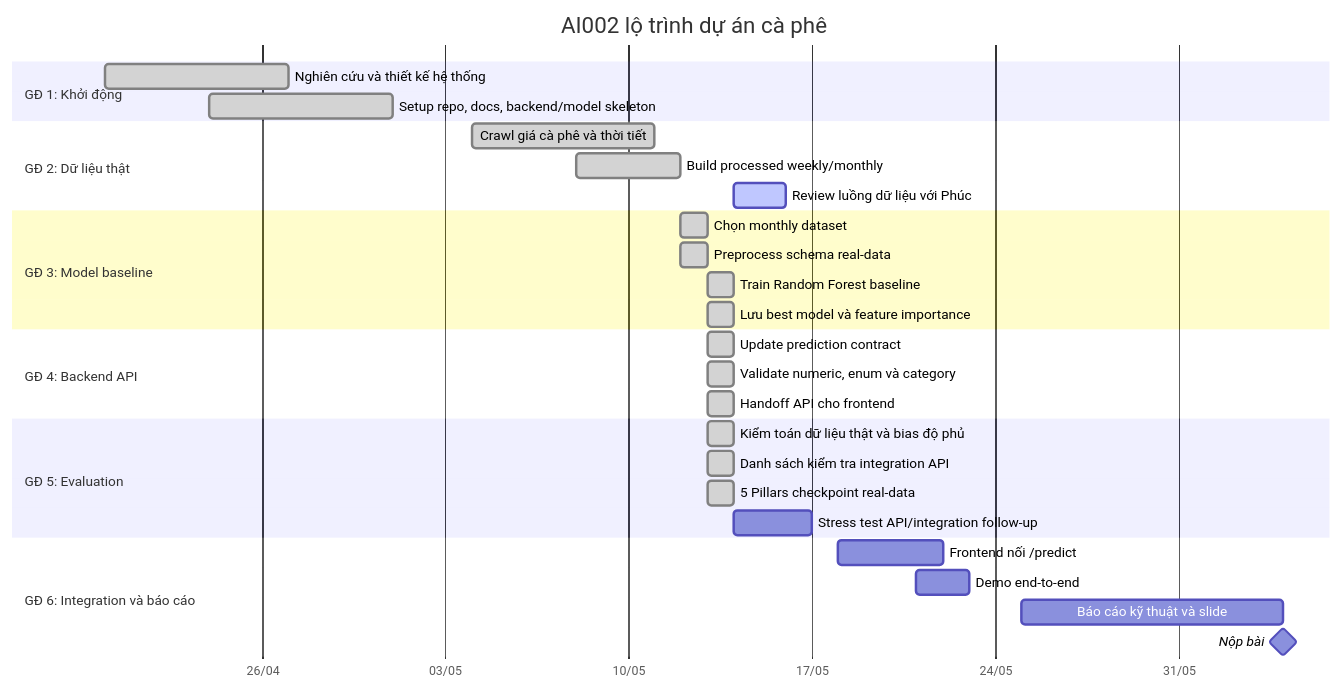
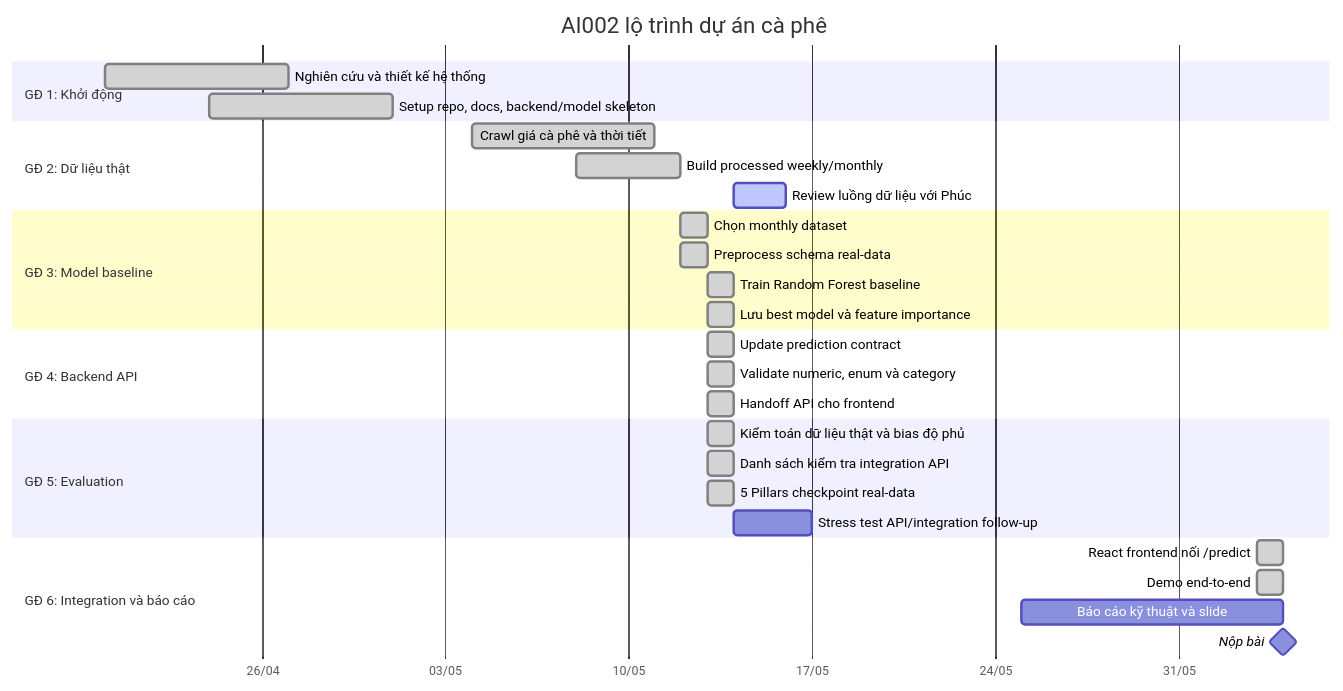
The third of 8 diagrams in docs/project-roadmap.md (uit-25730067-chithanh/AI002-Team22-DT10), drawn with Mermaid before and after one commit. The commit also changed other lines of this file and 5 other files, not shown here.

First line of the commit message:
docs(project): update codebase docs, roadmap, and presentation slides

````diff
--- a/docs/project-roadmap.md
+++ b/docs/project-roadmap.md
@@ -60,39 +60,39 @@
 ```mermaid
 gantt
     title AI002 lộ trình dự án cà phê
     dateFormat  YYYY-MM-DD
     tickInterval 1w
     axisFormat  %d/%m
 
     section GĐ 1: Khởi động
     Nghiên cứu và thiết kế hệ thống          :done, a1, 2026-04-20, 7d
     Setup repo, docs, backend/model skeleton :done, a2, 2026-04-24, 7d
 
     section GĐ 2: Dữ liệu thật
     Crawl giá cà phê và thời tiết            :done, b1, 2026-05-04, 7d
     Build processed weekly/monthly           :done, b2, 2026-05-08, 4d
     Review luồng dữ liệu với Phúc            :active, b3, 2026-05-14, 2d
 
     section GĐ 3: Model baseline
     Chọn monthly dataset                     :done, c1, 2026-05-12, 1d
     Preprocess schema real-data              :done, c2, 2026-05-12, 1d
     Train Random Forest baseline             :done, c3, 2026-05-13, 1d
     Lưu best model và feature importance     :done, c4, 2026-05-13, 1d
 
     section GĐ 4: Backend API
     Update prediction contract               :done, d1, 2026-05-13, 1d
     Validate numeric, enum và category       :done, d2, 2026-05-13, 1d
     Handoff API cho frontend                 :done, d3, 2026-05-13, 1d
 
     section GĐ 5: Evaluation
     Kiểm toán dữ liệu thật và bias độ phủ         :done, e0, 2026-05-13, 1d
     Danh sách kiểm tra integration API             :done, e1, 2026-05-13, 1d
     5 Pillars checkpoint real-data           :done, e2, 2026-05-13, 1d
     Stress test API/integration follow-up    :e3, 2026-05-14, 3d
 
     section GĐ 6: Integration và báo cáo
-    Frontend nối /predict                    :f1, 2026-05-18, 4d
-    Demo end-to-end                          :f2, 2026-05-21, 2d
+    React frontend nối /predict             :done, f1, 2026-06-03, 1d
+    Demo end-to-end                          :done, f2, 2026-06-03, 1d
     Báo cáo kỹ thuật và slide                :f3, 2026-05-25, 10d
     Nộp bài                                  :milestone, f4, 2026-06-04, 0d
 ```
````
